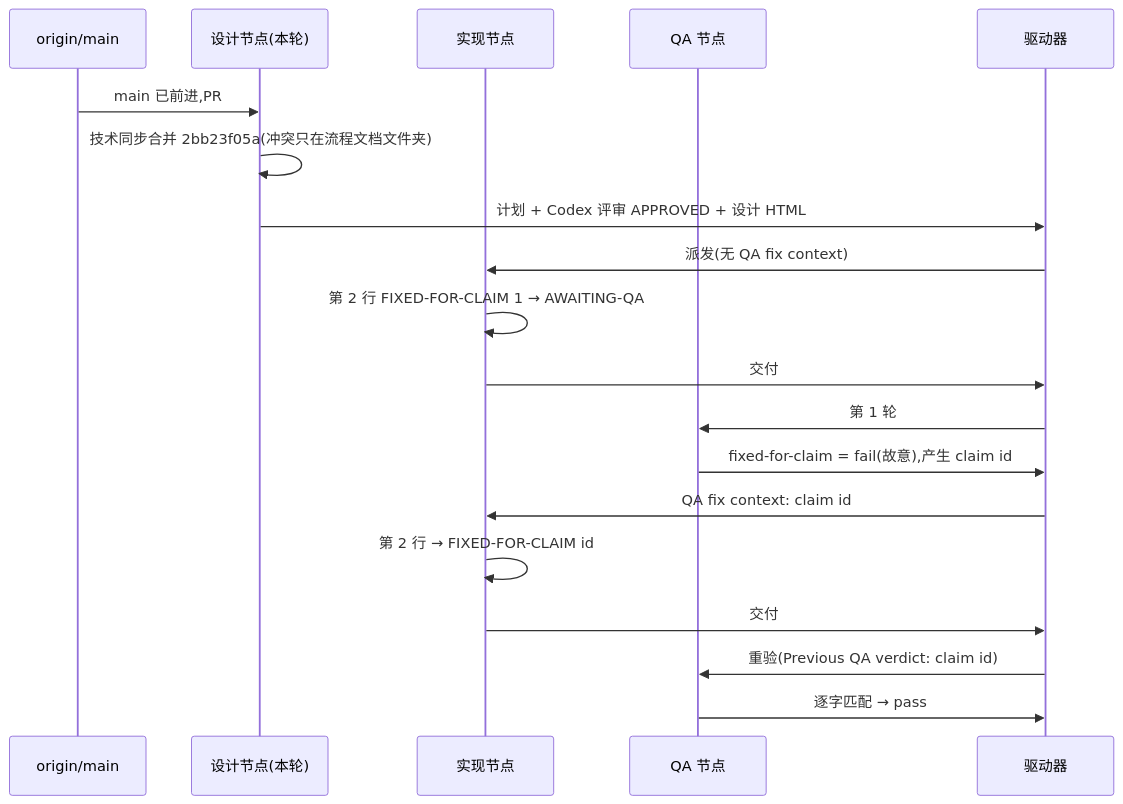
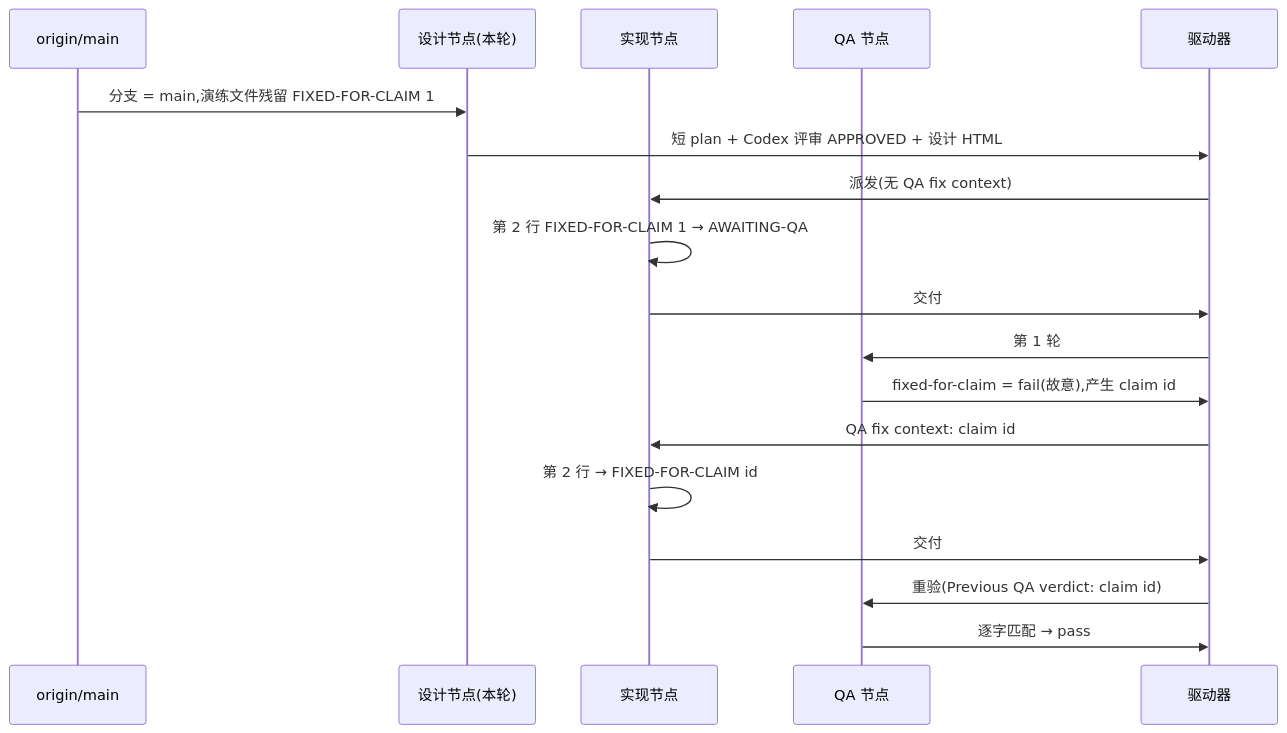
Before and after one commit to xrliAnnie/flywheel-qa-sandbox: the diagram in engineering/doc/FLY-3150-real-runner-drill/d1-core-flow.mmd, drawn with Mermaid. The commit also changed 5 other files, not shown here.

Commit message:
docs(qa-sbx): FLY-3150 founder design HTML for run b98e6529

```diff
--- a/engineering/doc/FLY-3150-real-runner-drill/d1-core-flow.mmd
+++ b/engineering/doc/FLY-3150-real-runner-drill/d1-core-flow.mmd
@@ -1,19 +1,18 @@
 sequenceDiagram
     participant M as origin/main
     participant S as 设计节点(本轮)
     participant I as 实现节点
     participant Q as QA 节点
     participant D as 驱动器
-    M->>S: main 已前进,PR #517 冲突
-    S->>S: 技术同步合并 2bb23f05a(冲突只在流程文档文件夹)
-    S->>D: 计划 + Codex 评审 APPROVED + 设计 HTML
+    M->>S: 分支 = main,演练文件残留 FIXED-FOR-CLAIM 1
+    S->>D: 短 plan + Codex 评审 APPROVED + 设计 HTML
     D->>I: 派发(无 QA fix context)
     I->>I: 第 2 行 FIXED-FOR-CLAIM 1 → AWAITING-QA
-    I->>D: 交付 #1(run=417f5fe4 HANDIN1=sha)
+    I->>D: 交付 #1:开新 PR(run=b98e6529 HANDIN1=sha)
     D->>Q: 第 1 轮
     Q->>D: fixed-for-claim = fail(故意),产生 claim id
     D->>I: QA fix context: claim id
     I->>I: 第 2 行 → FIXED-FOR-CLAIM id
     I->>D: 交付 #2(PREV = 本轮 HANDIN1)
     D->>Q: 重验(Previous QA verdict: claim id)
     Q->>D: 逐字匹配 → pass
```
